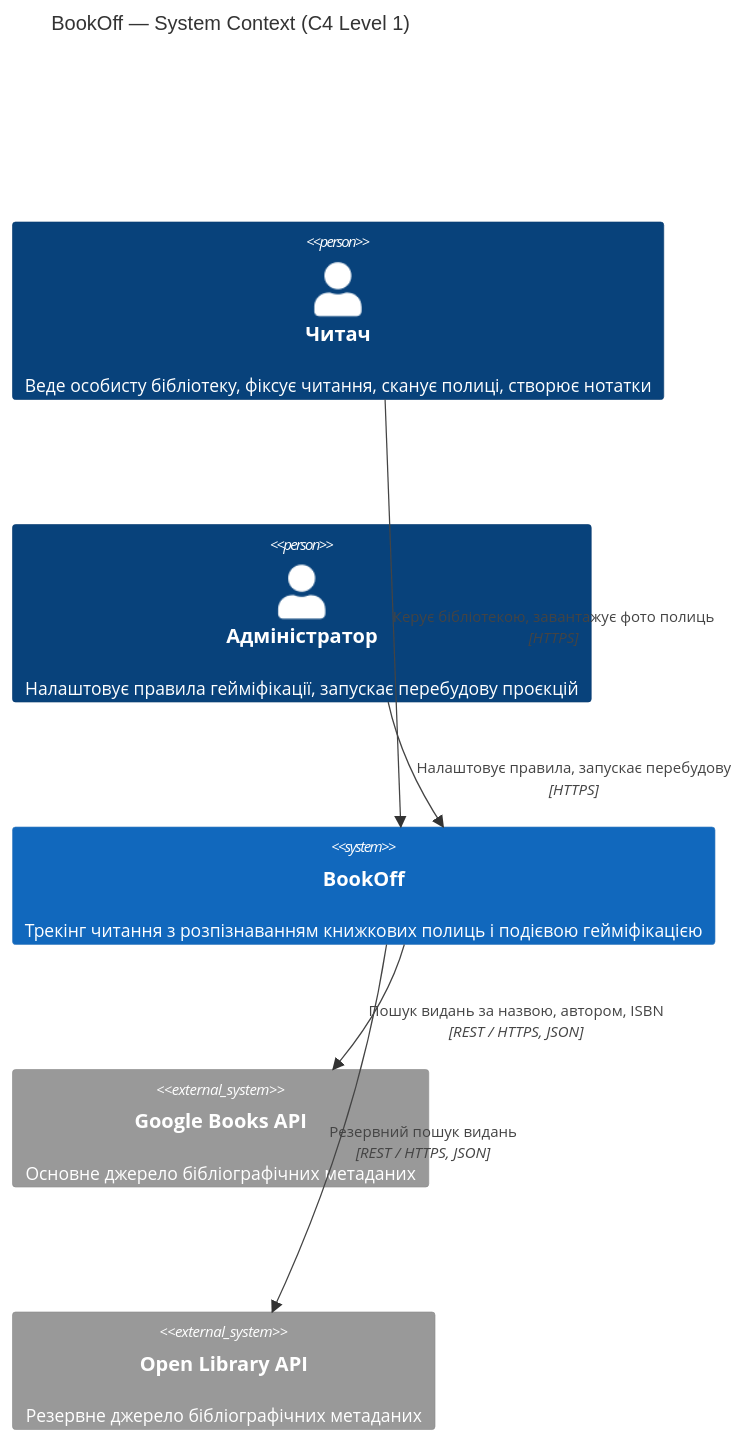
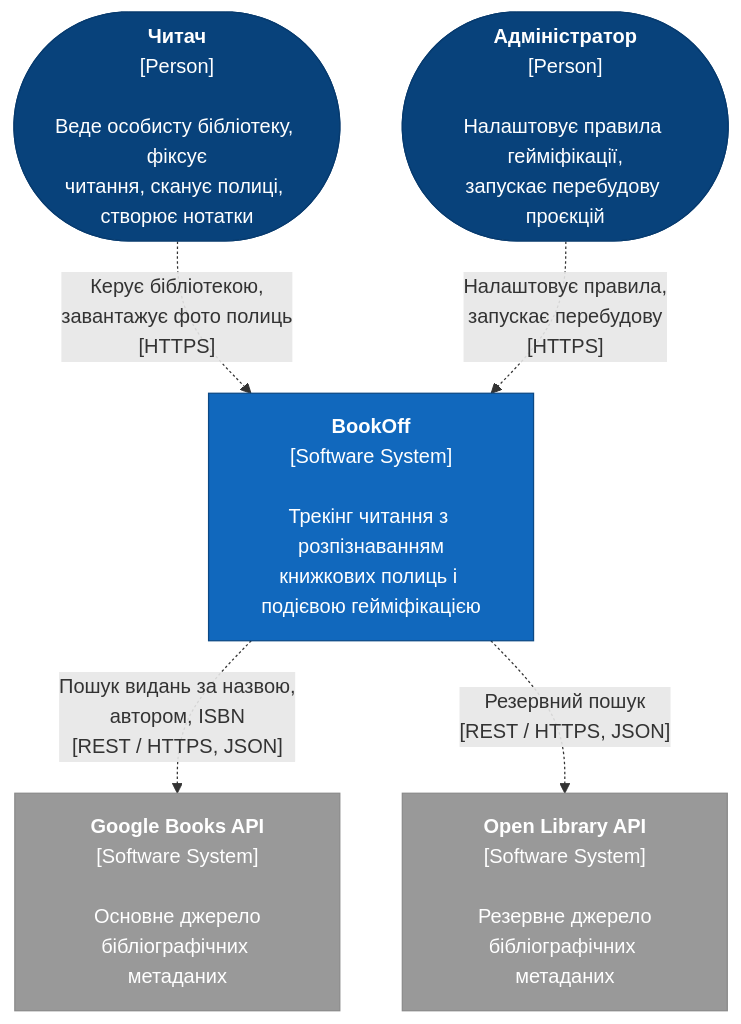
Before and after one commit to booooooo76/F2-diploma-project: the first of 3 diagrams in docs/2_design.md, drawn with Mermaid. The commit also changed other lines of this file, not shown here.

First line of the commit message:
docs: restyle C4 diagrams for readable rendering

````diff
--- a/docs/2_design.md
+++ b/docs/2_design.md
@@ -11,19 +11,22 @@
 ```mermaid
-C4Context
-  title BookOff — System Context (C4 Level 1)
+flowchart TB
+  reader(["<b>Читач</b><br/>[Person]<br/><br/>Веде особисту бібліотеку, фіксує<br/>читання, сканує полиці, створює нотатки"])
+  admin(["<b>Адміністратор</b><br/>[Person]<br/><br/>Налаштовує правила гейміфікації,<br/>запускає перебудову проєкцій"])
 
-  Person(reader, "Читач", "Веде особисту бібліотеку, фіксує читання, сканує полиці, створює нотатки")
-  Person(admin, "Адміністратор", "Налаштовує правила гейміфікації, запускає перебудову проєкцій")
+  bookoff["<b>BookOff</b><br/>[Software System]<br/><br/>Трекінг читання з розпізнаванням<br/>книжкових полиць і подієвою гейміфікацією"]
 
-  System(bookoff, "BookOff", "Трекінг читання з розпізнаванням книжкових полиць і подієвою гейміфікацією")
+  gbooks["<b>Google Books API</b><br/>[Software System]<br/><br/>Основне джерело<br/>бібліографічних метаданих"]
+  olib["<b>Open Library API</b><br/>[Software System]<br/><br/>Резервне джерело<br/>бібліографічних метаданих"]
 
-  System_Ext(gbooks, "Google Books API", "Основне джерело бібліографічних метаданих")
-  System_Ext(olib, "Open Library API", "Резервне джерело бібліографічних метаданих")
+  reader -. "Керує бібліотекою,<br/>завантажує фото полиць<br/>[HTTPS]" .-> bookoff
+  admin -. "Налаштовує правила,<br/>запускає перебудову<br/>[HTTPS]" .-> bookoff
+  bookoff -. "Пошук видань за назвою,<br/>автором, ISBN<br/>[REST / HTTPS, JSON]" .-> gbooks
+  bookoff -. "Резервний пошук<br/>[REST / HTTPS, JSON]" .-> olib
 
-  Rel(reader, bookoff, "Керує бібліотекою, завантажує фото полиць", "HTTPS")
-  Rel(admin, bookoff, "Налаштовує правила, запускає перебудову", "HTTPS")
-  Rel(bookoff, gbooks, "Пошук видань за назвою, автором, ISBN", "REST / HTTPS, JSON")
-  Rel(bookoff, olib, "Резервний пошук видань", "REST / HTTPS, JSON")
-
-  UpdateLayoutConfig($c4ShapeInRow="2", $c4BoundaryInRow="1")
+  classDef person fill:#08427B,stroke:#073B6F,color:#fff
+  classDef system fill:#1168BD,stroke:#0B4884,color:#fff
+  classDef external fill:#999999,stroke:#8A8A8A,color:#fff
+  class reader,admin person
+  class bookoff system
+  class gbooks,olib external
 ```
````
